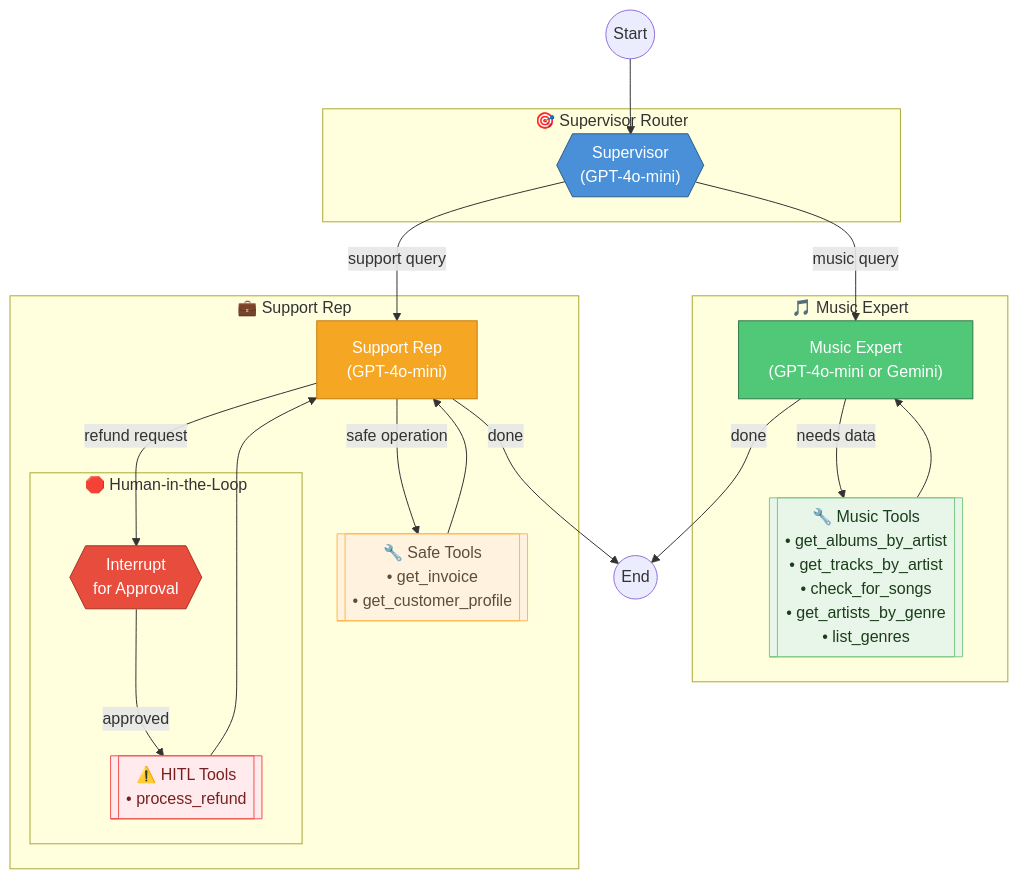
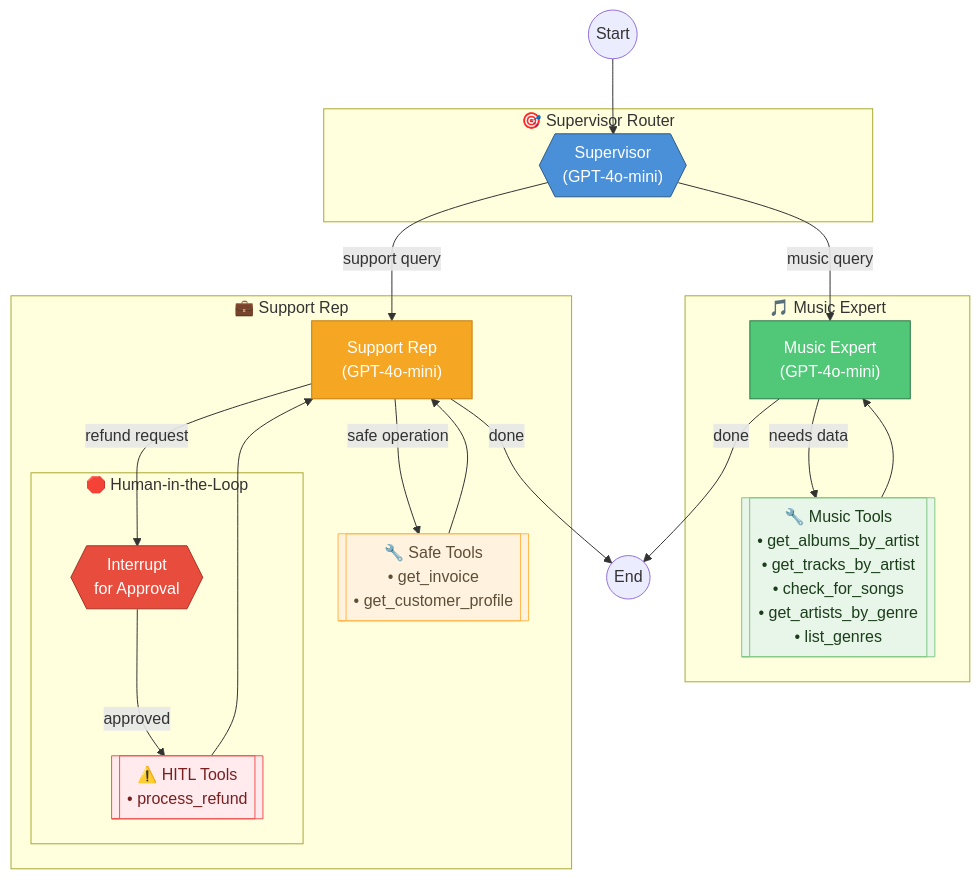
The diagram in README.md (scarolan/music_store_assistant), drawn with Mermaid before and after one commit. The commit also changed other lines of this file, not shown here.

````diff
--- a/README.md
+++ b/README.md
@@ -9,46 +9,46 @@
 ```mermaid
 flowchart TD
     Start((Start)) --> supervisor
 
     subgraph Routing["🎯 Supervisor Router"]
         supervisor{{"Supervisor<br/>(GPT-4o-mini)"}}
     end
 
     supervisor -->|"music query"| music_expert
     supervisor -->|"support query"| support_rep
 
     subgraph Music["🎵 Music Expert"]
-        music_expert["Music Expert<br/>(GPT-4o-mini or Gemini)"]
+        music_expert["Music Expert<br/>(GPT-4o-mini)"]
         music_tools[["🔧 Music Tools<br/>• get_albums_by_artist<br/>• get_tracks_by_artist<br/>• check_for_songs<br/>• get_artists_by_genre<br/>• list_genres"]]
         music_expert -->|"needs data"| music_tools
         music_tools --> music_expert
     end
 
     subgraph Support["💼 Support Rep"]
         support_rep["Support Rep<br/>(GPT-4o-mini)"]
         support_tools[["🔧 Safe Tools<br/>• get_invoice<br/>• get_customer_profile"]]
         refund_tools[["⚠️ HITL Tools<br/>• process_refund"]]
         
         support_rep -->|"safe operation"| support_tools
         support_rep -->|"refund request"| hitl
         support_tools --> support_rep
         
         subgraph HITL["🛑 Human-in-the-Loop"]
             hitl{{"Interrupt<br/>for Approval"}}
             hitl -->|"approved"| refund_tools
         end
         
         refund_tools --> support_rep
     end
 
     music_expert -->|"done"| End((End))
     support_rep -->|"done"| End
 
     style supervisor fill:#4a90d9,stroke:#2d5a87,color:#fff
     style music_expert fill:#50c878,stroke:#2d7a4a,color:#fff
     style support_rep fill:#f5a623,stroke:#c77d0a,color:#fff
     style hitl fill:#e74c3c,stroke:#a93226,color:#fff
     style music_tools fill:#e8f5e9,stroke:#81c784,color:#1a3d1a
     style support_tools fill:#fff3e0,stroke:#ffb74d,color:#5d4e37
     style refund_tools fill:#ffebee,stroke:#ef5350,color:#7a1f1f
 ```
````
